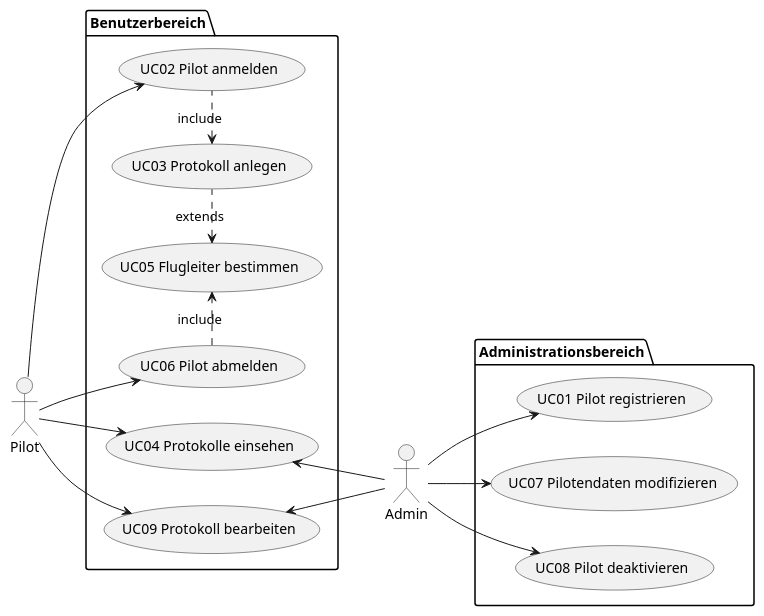
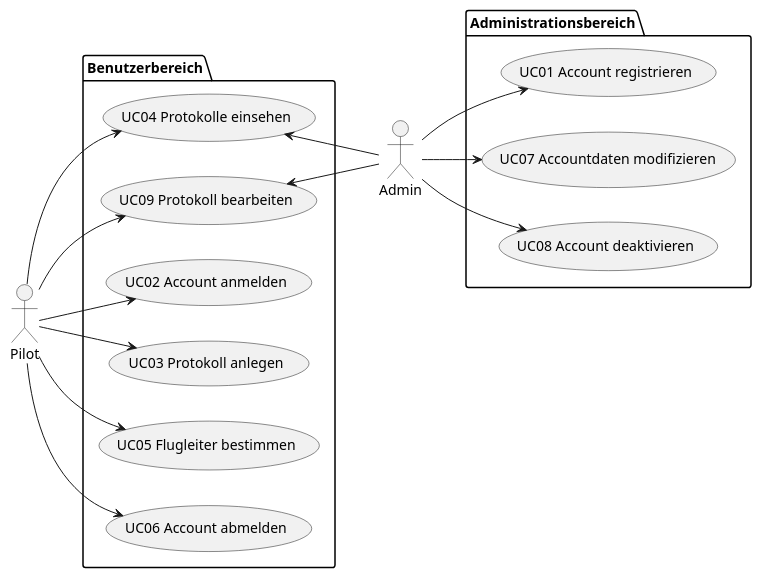
Before and after one commit to jakobkmar/E09-modellflug-logbuch: the diagram in docs/requirements/resources/use_case_diagram.puml, drawn with PlantUML.

Commit message:
fixed mistakes in use_case_diagram

```diff
--- a/docs/requirements/resources/use_case_diagram.puml
+++ b/docs/requirements/resources/use_case_diagram.puml
@@ -1,32 +1,31 @@
 @startuml domainmodel
 left to right direction
 "Admin" as ac01
 "Pilot" as ac02
 package Benutzerbereich {
-    "UC02 Pilot anmelden" as (uc02) 
+    "UC02 Account anmelden" as (uc02) 
     "UC03 Protokoll anlegen" as (uc03)
     "UC04 Protokolle einsehen" as (uc04)
     "UC05 Flugleiter bestimmen" as (uc05)
-    "UC06 Pilot abmelden" as (uc06)
+    "UC06 Account abmelden" as (uc06)
     "UC09 Protokoll bearbeiten" as (uc09)
 }
 
 package Administrationsbereich {
-    "UC01 Pilot registrieren" as (uc01)
-    "UC07 Pilotendaten modifizieren" as (uc07)
-    "UC08 Pilot deaktivieren" as (uc08)
+    "UC01 Account registrieren" as (uc01)
+    "UC07 Accountdaten modifizieren" as (uc07)
+    "UC08 Account deaktivieren" as (uc08)
 
 }
 ac01 -d-> uc01
 ac01 -u-> uc04
 ac01 -d-> uc07
 ac01 -d-> uc08
 ac01 -u-> uc09
 ac02 -d-> uc02
 ac02 -d-> uc06
 ac02 -u-> uc09
 ac02 -u-> uc04
-uc02 .l.> uc03 :include
-uc03 .l.> uc05 :extends
-uc06 .r.> uc05 :include
+ac02 -d-> uc03
+ac02 -d-> uc05
 @enduml
```
